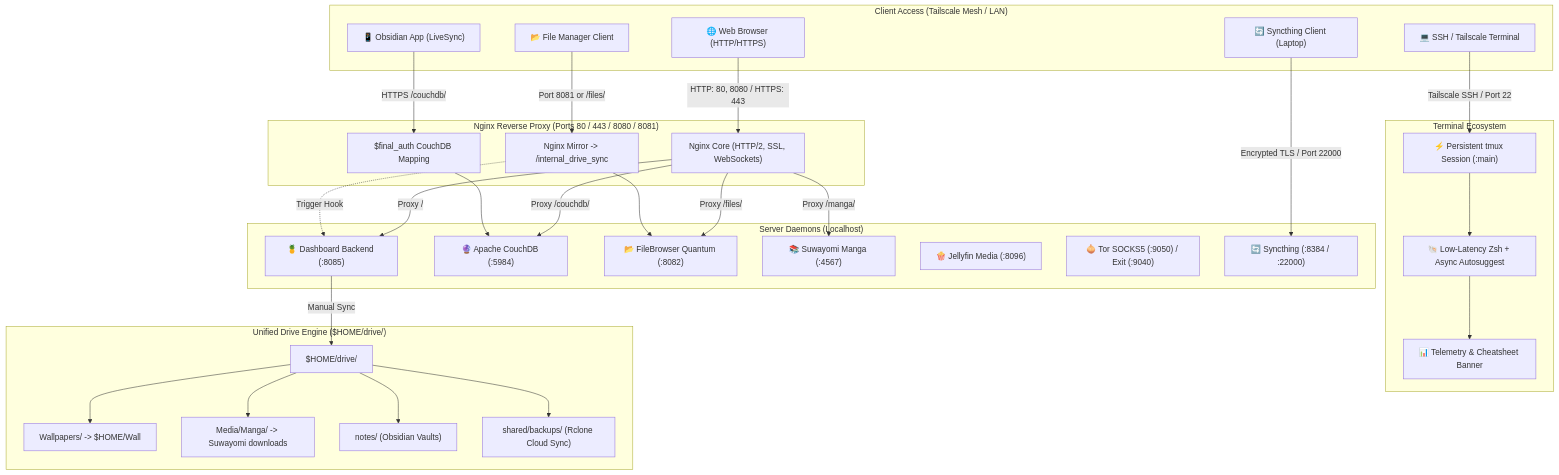
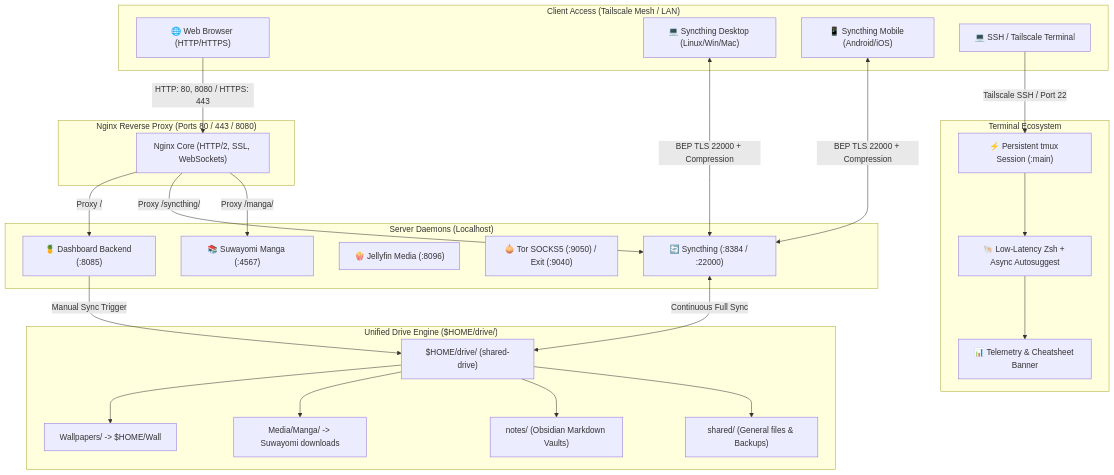
One commit to T1n777/Tinarchy changed the diagram in README.md. Above: the diagram before and after it, drawn with Mermaid. The commit also changed other lines of this file and 7 other files, not shown here.

Commit message:
feat(sync): migrate fully to syncthing full folder sync with compression, remove filebrowser and couchdb

````diff
--- a/README.md
+++ b/README.md
@@ -82,59 +80,52 @@
 ```mermaid
 flowchart TD
     subgraph Clients ["Client Access (Tailscale Mesh / LAN)"]
         Browser["🌐 Web Browser (HTTP/HTTPS)"]
-        Obsidian["📱 Obsidian App (LiveSync)"]
-        FileClient["📂 File Manager Client"]
+        SyncDesktop["💻 Syncthing Desktop (Linux/Win/Mac)"]
+        SyncMobile["📱 Syncthing Mobile (Android/iOS)"]
         SSHClient["💻 SSH / Tailscale Terminal"]
-        SyncClient["🔄 Syncthing Client (Laptop)"]
     end
 
-    subgraph NginxProxy ["Nginx Reverse Proxy (Ports 80 / 443 / 8080 / 8081)"]
+    subgraph NginxProxy ["Nginx Reverse Proxy (Ports 80 / 443 / 8080)"]
         Nginx["Nginx Core (HTTP/2, SSL, WebSockets)"]
-        AuthMap["$final_auth CouchDB Mapping"]
-        SyncMirror["Nginx Mirror -> /internal_drive_sync"]
     end
 
     subgraph TerminalEnv ["Terminal Ecosystem"]
         Tmux["⚡ Persistent tmux Session (:main)"]
         Zsh["🐚 Low-Latency Zsh + Async Autosuggest"]
         Fastfetch["📊 Telemetry & Cheatsheet Banner"]
     end
 
     subgraph Backend ["Server Daemons (Localhost)"]
         Dashboard["🍍 Dashboard Backend (:8085)"]
-        CouchDB["🔮 Apache CouchDB (:5984)"]
-        FileBrowser["📂 FileBrowser Quantum (:8082)"]
         Suwayomi["📚 Suwayomi Manga (:4567)"]
         Jellyfin["🍿 Jellyfin Media (:8096)"]
         Tor["🧅 Tor SOCKS5 (:9050) / Exit (:9040)"]
         Syncthing["🔄 Syncthing (:8384 / :22000)"]
     end
 
     subgraph Storage ["Unified Drive Engine ($HOME/drive/)"]
-        DriveRoot["$HOME/drive/"]
+        DriveRoot["$HOME/drive/ (shared-drive)"]
         Wallpapers["Wallpapers/ -> $HOME/Wall"]
         Manga["Media/Manga/ -> Suwayomi downloads"]
-        Notes["notes/ (Obsidian Vaults)"]
-        Backups["shared/backups/ (Rclone Cloud Sync)"]
+        Notes["notes/ (Obsidian Markdown Vaults)"]
+        Shared["shared/ (General files & Backups)"]
     end
 
     Browser -->|HTTP: 80, 8080 / HTTPS: 443| Nginx
-    Obsidian -->|HTTPS /couchdb/| AuthMap --> CouchDB
-    FileClient -->|Port 8081 or /files/| SyncMirror --> FileBrowser
-    SyncMirror -.->|Trigger Hook| Dashboard
+    Nginx -->|Proxy /| Dashboard
+    Nginx -->|Proxy /syncthing/| Syncthing
+    Nginx -->|Proxy /manga/| Suwayomi
 
     SSHClient -->|Tailscale SSH / Port 22| Tmux --> Zsh --> Fastfetch
-    SyncClient -->|Encrypted TLS / Port 22000| Syncthing
 
-    Nginx -->|Proxy /| Dashboard
-    Nginx -->|Proxy /files/| FileBrowser
-    Nginx -->|Proxy /manga/| Suwayomi
-    Nginx -->|Proxy /couchdb/| CouchDB
+    SyncDesktop <-->|BEP TLS 22000 + Compression| Syncthing
+    SyncMobile <-->|BEP TLS 22000 + Compression| Syncthing
 
-    Dashboard -->|Manual Sync| DriveRoot
+    Syncthing <-->|Continuous Full Sync| DriveRoot
     DriveRoot --> Wallpapers
     DriveRoot --> Manga
     DriveRoot --> Notes
-    DriveRoot --> Backups
+    DriveRoot --> Shared
+    Dashboard -->|Manual Sync Trigger| DriveRoot
 ```
````
